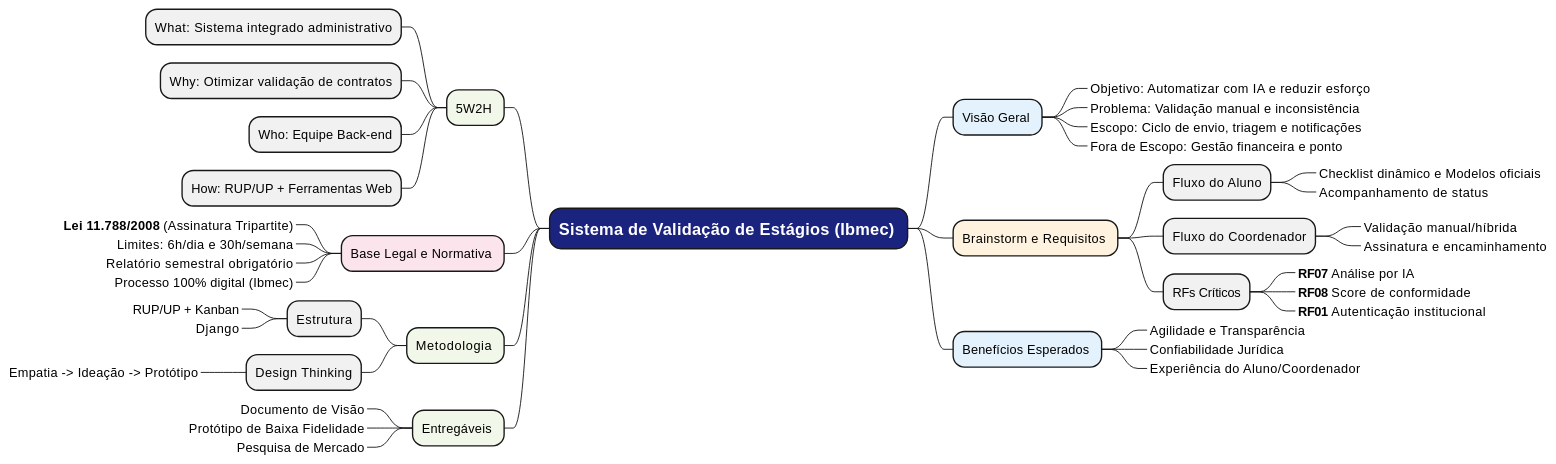
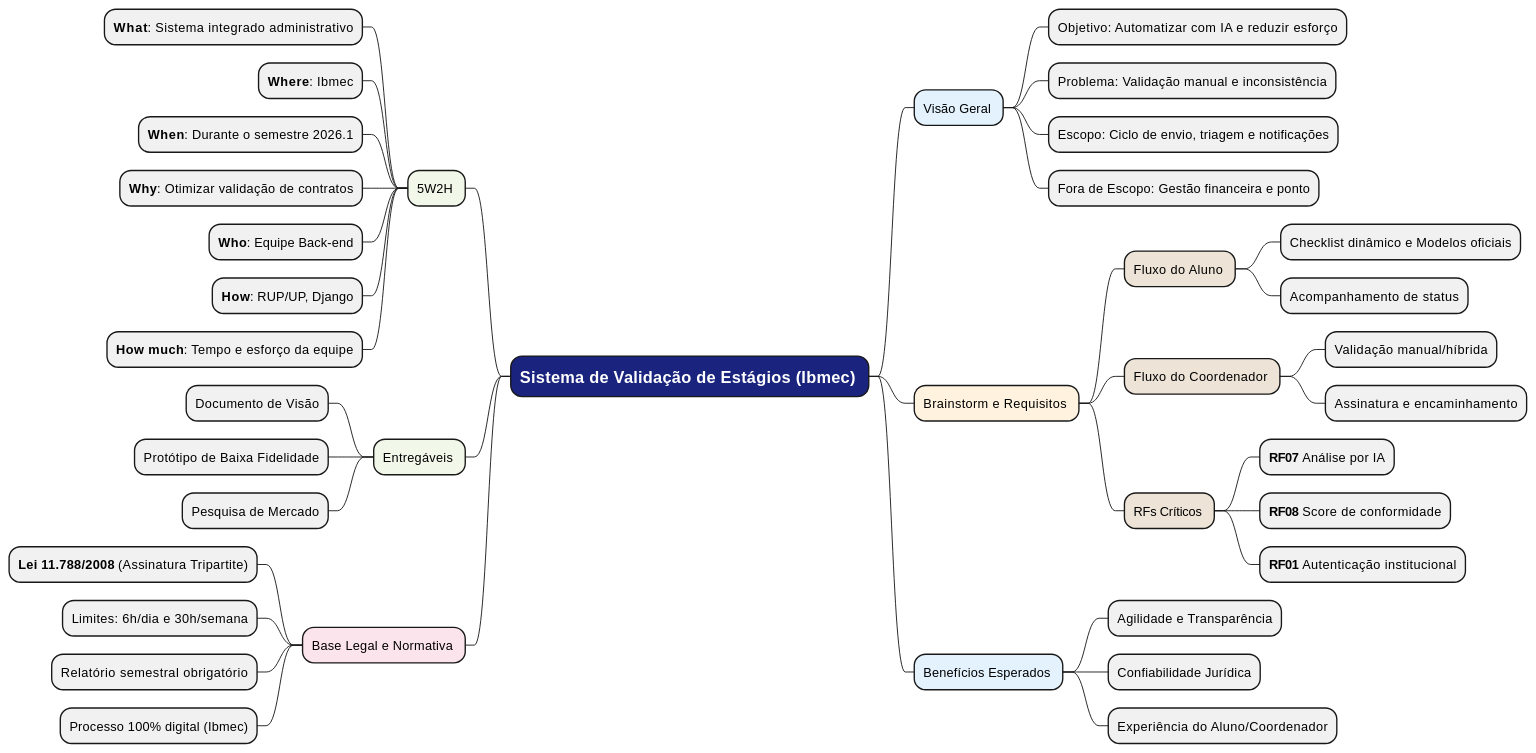
The diagram in mkdocs/Iniciacao/mapa_mental.md (Projetos-de-Extensao/PBE_26.1_8001_I), drawn with PlantUML before and after one commit.

Commit message:
Atualização do mapa mental

````diff
--- a/mkdocs/Iniciacao/mapa_mental.md
+++ b/mkdocs/Iniciacao/mapa_mental.md
@@ -20,77 +20,75 @@
 ```plantuml
 @startmindmap
 <style>
 mindmapDiagram {
     .projeto {
         BackgroundColor #1a237e
         FontColor white
         FontSize 18
     }
     .visao {
         BackgroundColor #e3f2fd
     }
     .requisitos {
         BackgroundColor #fff3e0
     }
     .metodo {
         BackgroundColor #f1f8e9
     }
     .legal {
         BackgroundColor #fce4ec
     }
+    .fluxos {
+        BackgroundColor #ede4d7
+    }
 }
 </style>
 
 * **Sistema de Validação de Estágios (Ibmec)** <<projeto>>
-
 ** Visão Geral <<visao>>
-***_ Objetivo: Automatizar com IA e reduzir esforço
-***_ Problema: Validação manual e inconsistência
-***_ Escopo: Ciclo de envio, triagem e notificações
-***_ Fora de Escopo: Gestão financeira e ponto
+*** Objetivo: Automatizar com IA e reduzir esforço
+*** Problema: Validação manual e inconsistência
+*** Escopo: Ciclo de envio, triagem e notificações
+*** Fora de Escopo: Gestão financeira e ponto
 
 ** Brainstorm e Requisitos <<requisitos>>
-*** Fluxo do Aluno
-****_ Checklist dinâmico e Modelos oficiais
-****_ Acompanhamento de status
-*** Fluxo do Coordenador
-****_ Validação manual/híbrida
-****_ Assinatura e encaminhamento
-*** RFs Críticos
-****_ **RF07** Análise por IA
-****_ **RF08** Score de conformidade
-****_ **RF01** Autenticação institucional
+*** Fluxo do Aluno <<fluxos>>
+**** Checklist dinâmico e Modelos oficiais
+**** Acompanhamento de status
+*** Fluxo do Coordenador <<fluxos>>
+**** Validação manual/híbrida
+**** Assinatura e encaminhamento
+*** RFs Críticos <<fluxos>>
+**** **RF07** Análise por IA
+**** **RF08** Score de conformidade
+**** **RF01** Autenticação institucional
 
 ** Benefícios Esperados <<visao>>
-***_ Agilidade e Transparência
-***_ Confiabilidade Jurídica
-***_ Experiência do Aluno/Coordenador
+*** Agilidade e Transparência
+*** Confiabilidade Jurídica
+*** Experiência do Aluno/Coordenador
 
 left side
 
 ** 5W2H <<metodo>>
-*** What: Sistema integrado administrativo
-*** Why: Otimizar validação de contratos
-*** Who: Equipe Back-end
-*** How: RUP/UP + Ferramentas Web
+*** **What**: Sistema integrado administrativo
+*** **Where**: Ibmec
+*** **When**: Durante o semestre 2026.1
+*** **Why**: Otimizar validação de contratos
+*** **Who**: Equipe Back-end
+*** **How**: RUP/UP, Django
+*** **How much**: Tempo e esforço da equipe
+
+** Entregáveis <<metodo>>
+*** Documento de Visão
+*** Protótipo de Baixa Fidelidade
+*** Pesquisa de Mercado
 
 ** Base Legal e Normativa <<legal>>
-***_ **Lei 11.788/2008** (Assinatura Tripartite)
-***_ Limites: 6h/dia e 30h/semana
-***_ Relatório semestral obrigatório
-***_ Processo 100% digital (Ibmec)
-
-** Metodologia <<metodo>>
-*** Estrutura
-****_ RUP/UP + Kanban
-****_ Django
-*** Design Thinking
-****_ Empatia -> Ideação -> Protótipo
-
-** Entregáveis <<metodo>>
-***_ Documento de Visão
-***_ Protótipo de Baixa Fidelidade
-***_ Pesquisa de Mercado
+*** **Lei 11.788/2008** (Assinatura Tripartite)
+*** Limites: 6h/dia e 30h/semana
+*** Relatório semestral obrigatório
+*** Processo 100% digital (Ibmec)
 
 @enduml
 ```
````
